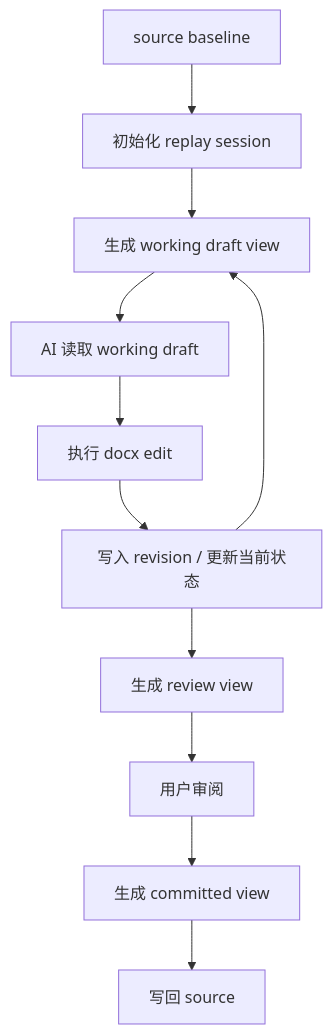
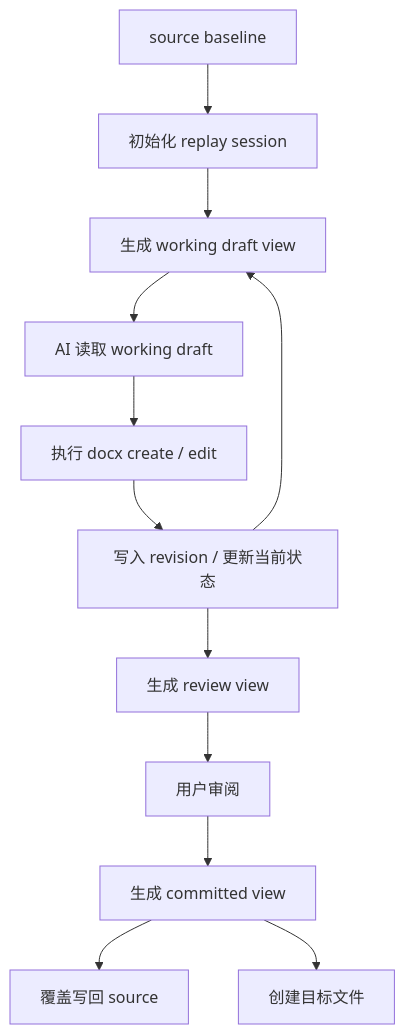
One commit to Yoan98/Ncurator changed the first of 2 diagrams in doc/docx-design/data-definition-and-flow.md. Above: the diagram before and after it, drawn with Mermaid. The commit also changed other lines of this file and 28 other files, not shown here.

Commit message:
Support create-target docx reviews

````diff
--- a/doc/docx-design/data-definition-and-flow.md
+++ b/doc/docx-design/data-definition-and-flow.md
@@ -7,13 +7,14 @@
 ```mermaid
 flowchart TD
     A["source baseline"] --> B["初始化 replay session"]
     B --> C["生成 working draft view"]
     C --> D["AI 读取 working draft"]
-    D --> E["执行 docx edit"]
+    D --> E["执行 docx create / edit"]
     E --> F["写入 revision / 更新当前状态"]
     F --> C
     F --> G["生成 review view"]
     G --> H["用户审阅"]
     H --> I["生成 committed view"]
-    I --> J["写回 source"]
+    I --> J["覆盖写回 source"]
+    I --> K["创建目标文件"]
 ```
````
